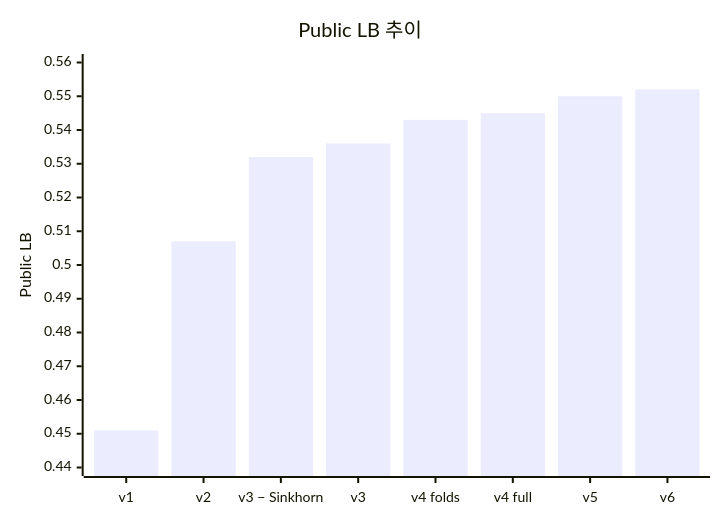
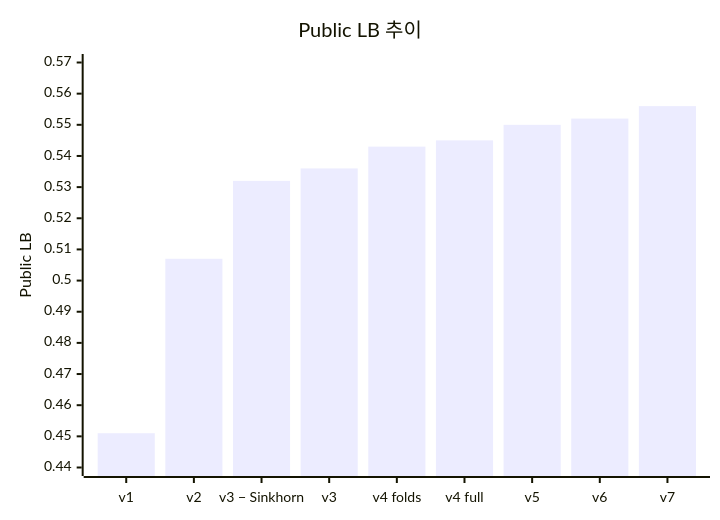
Before and after one commit to Lee-Jungwoo/name-that-llm: the first of 2 diagrams in EXPERIMENTS.md, drawn with Mermaid. The commit also changed other lines of this file and 5 other files, not shown here.

````diff
--- a/EXPERIMENTS.md
+++ b/EXPERIMENTS.md
@@ -23,7 +24,7 @@
 ```mermaid
 xychart-beta
     title "Public LB 추이"
-    x-axis ["v1", "v2", "v3 − Sinkhorn", "v3", "v4 folds", "v4 full", "v5", "v6"]
-    y-axis "Public LB" 0.44 --> 0.56
-    bar [0.451, 0.507, 0.532, 0.536, 0.543, 0.545, 0.550, 0.552]
+    x-axis ["v1", "v2", "v3 − Sinkhorn", "v3", "v4 folds", "v4 full", "v5", "v6", "v7"]
+    y-axis "Public LB" 0.44 --> 0.57
+    bar [0.451, 0.507, 0.532, 0.536, 0.543, 0.545, 0.550, 0.552, 0.556]
 ```
````
